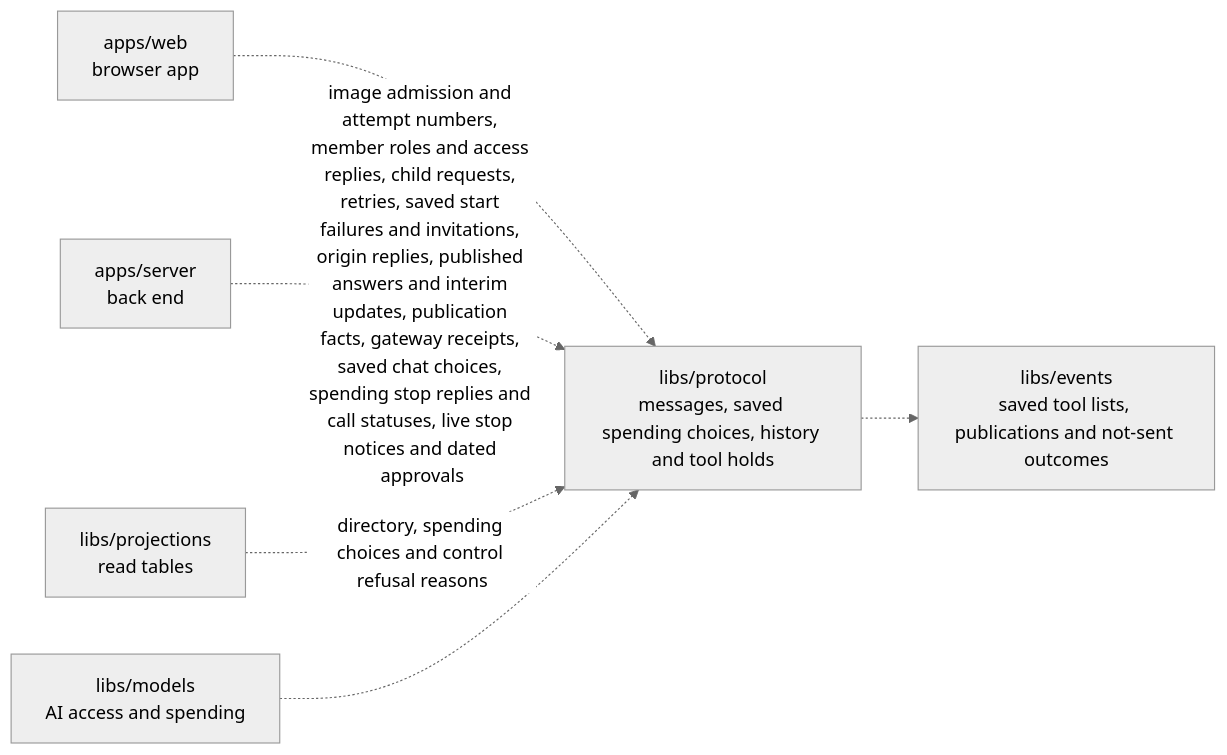
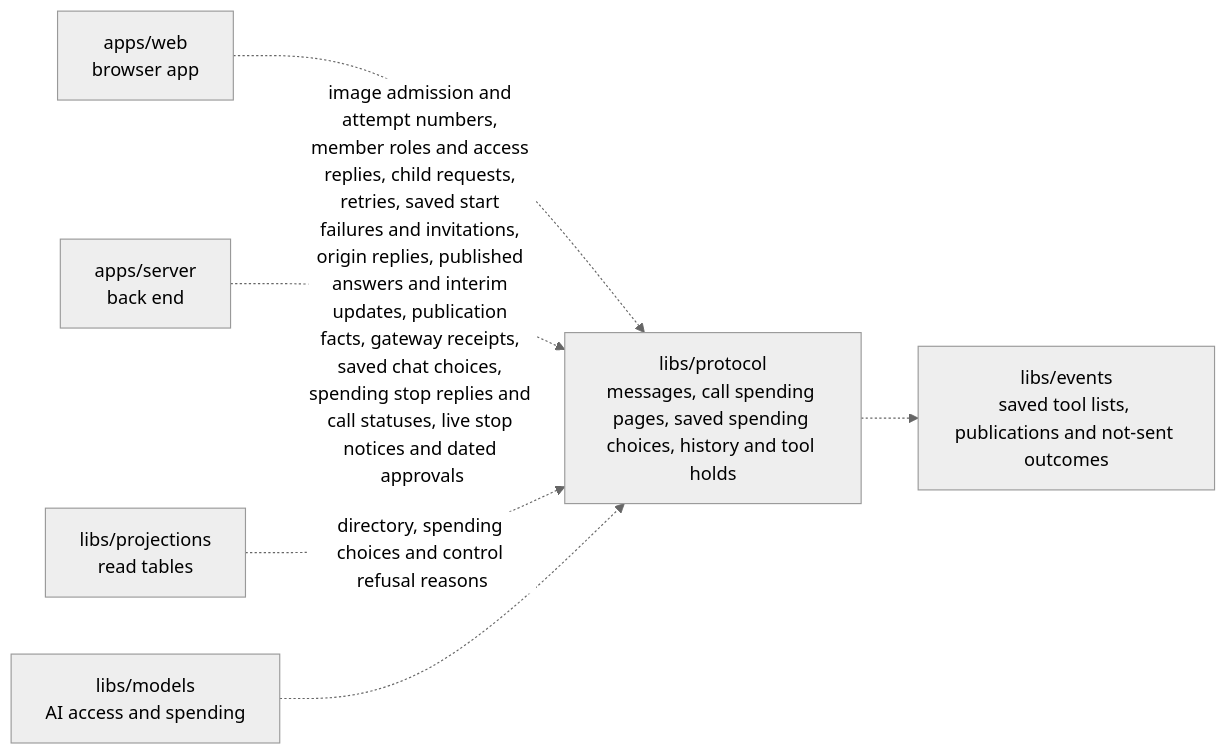
One commit to elewa-git/opencrane-new changed the diagram in libs/protocol/README.md. Above: the diagram before and after it, drawn with Mermaid (neutral theme). The commit also changed other lines of this file and 12 other files, not shown here.

Commit message:
💶 Expose bounded call spending to current finance readers

````diff
--- a/libs/protocol/README.md
+++ b/libs/protocol/README.md
@@ -14,8 +14,8 @@
 ```mermaid
 flowchart LR
-  web["apps/web<br/>browser app"] -.-> protocol["libs/protocol<br/>messages, saved spending choices, history and tool holds"]
+  web["apps/web<br/>browser app"] -.-> protocol["libs/protocol<br/>messages, call spending pages, saved spending choices, history and tool holds"]
   server["apps/server<br/>back end"] -.->|image admission and attempt numbers, member roles and access replies, child requests, retries, saved start failures and invitations, origin replies, published answers and interim updates, publication facts, gateway receipts, saved chat choices, spending stop replies and call statuses, live stop notices and dated approvals| protocol
   projections["libs/projections<br/>read tables"] -.->|directory, spending choices and control refusal reasons| protocol
   models["libs/models<br/>AI access and spending"] -.-> protocol
   protocol -.-> events["libs/events<br/>saved tool lists, publications and not-sent outcomes"]
 ```
````
